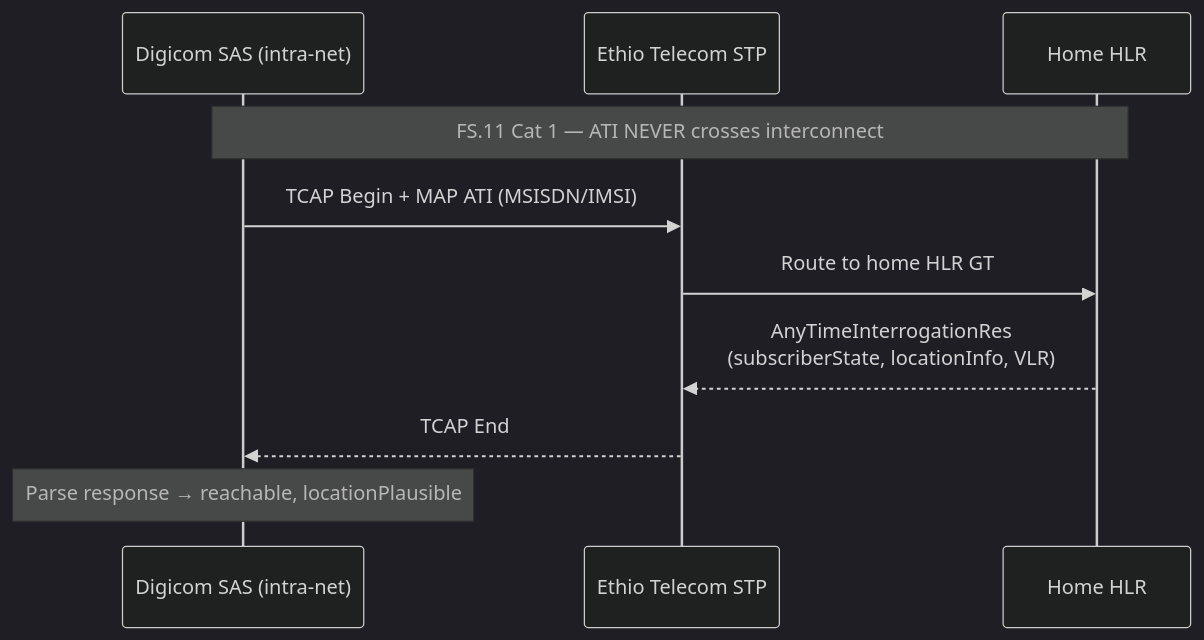
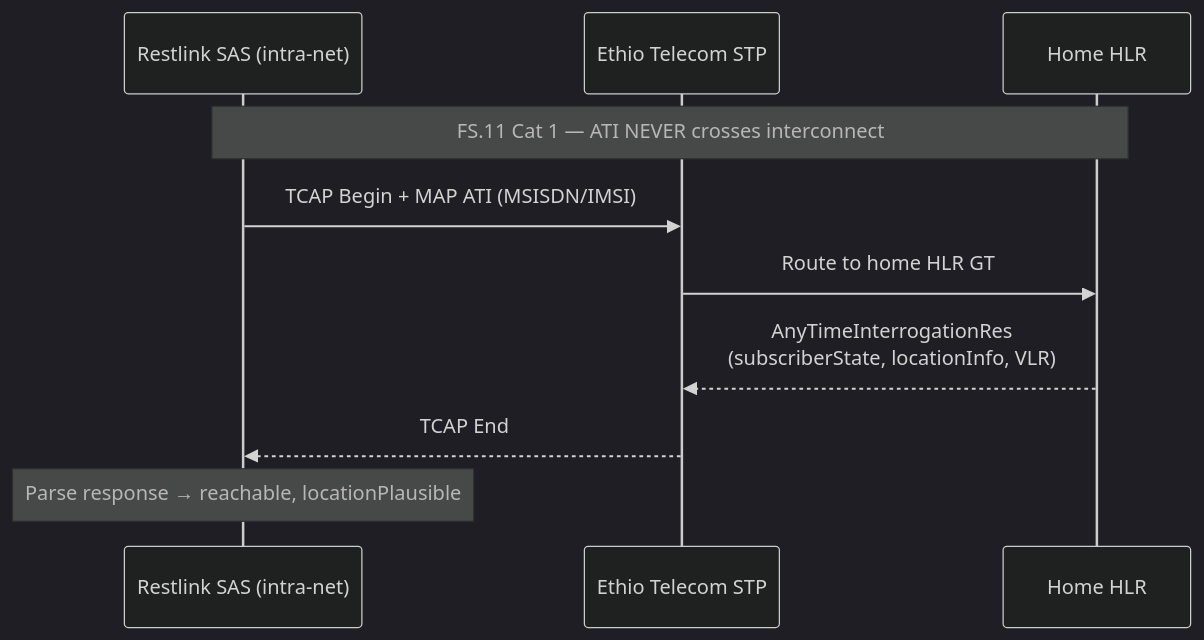
One commit to nhanth87/silent-authentication changed the second of 8 diagrams in proposal/chapters/05_message_flows.md. Above: the diagram before and after it, drawn with Mermaid (dark theme). The commit also changed other lines of this file and 27 other files, not shown here.

````diff
--- a/proposal/chapters/05_message_flows.md
+++ b/proposal/chapters/05_message_flows.md
@@ -139,13 +139,13 @@
 ```mermaid
 sequenceDiagram
-    participant SAS as Digicom SAS (intra-net)
+    participant SAS as Restlink SAS (intra-net)
     participant STP as Ethio Telecom STP
     participant HLR as Home HLR
 
     Note over SAS,HLR: FS.11 Cat 1 — ATI NEVER crosses interconnect
     SAS->>STP: TCAP Begin + MAP ATI (MSISDN/IMSI)
     STP->>HLR: Route to home HLR GT
     HLR-->>STP: AnyTimeInterrogationRes<br/>(subscriberState, locationInfo, VLR)
     STP-->>SAS: TCAP End
     Note over SAS: Parse response → reachable, locationPlausible
 ```
````
